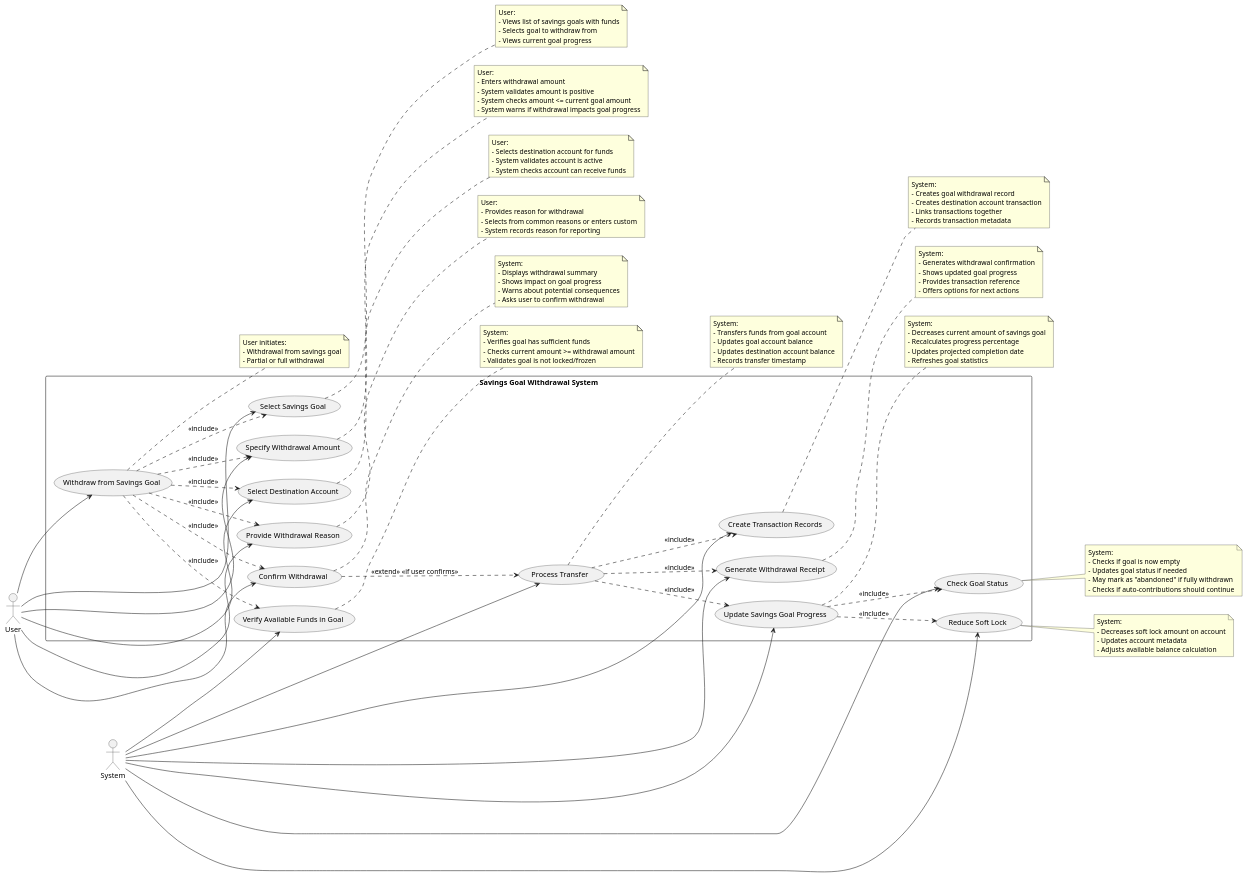
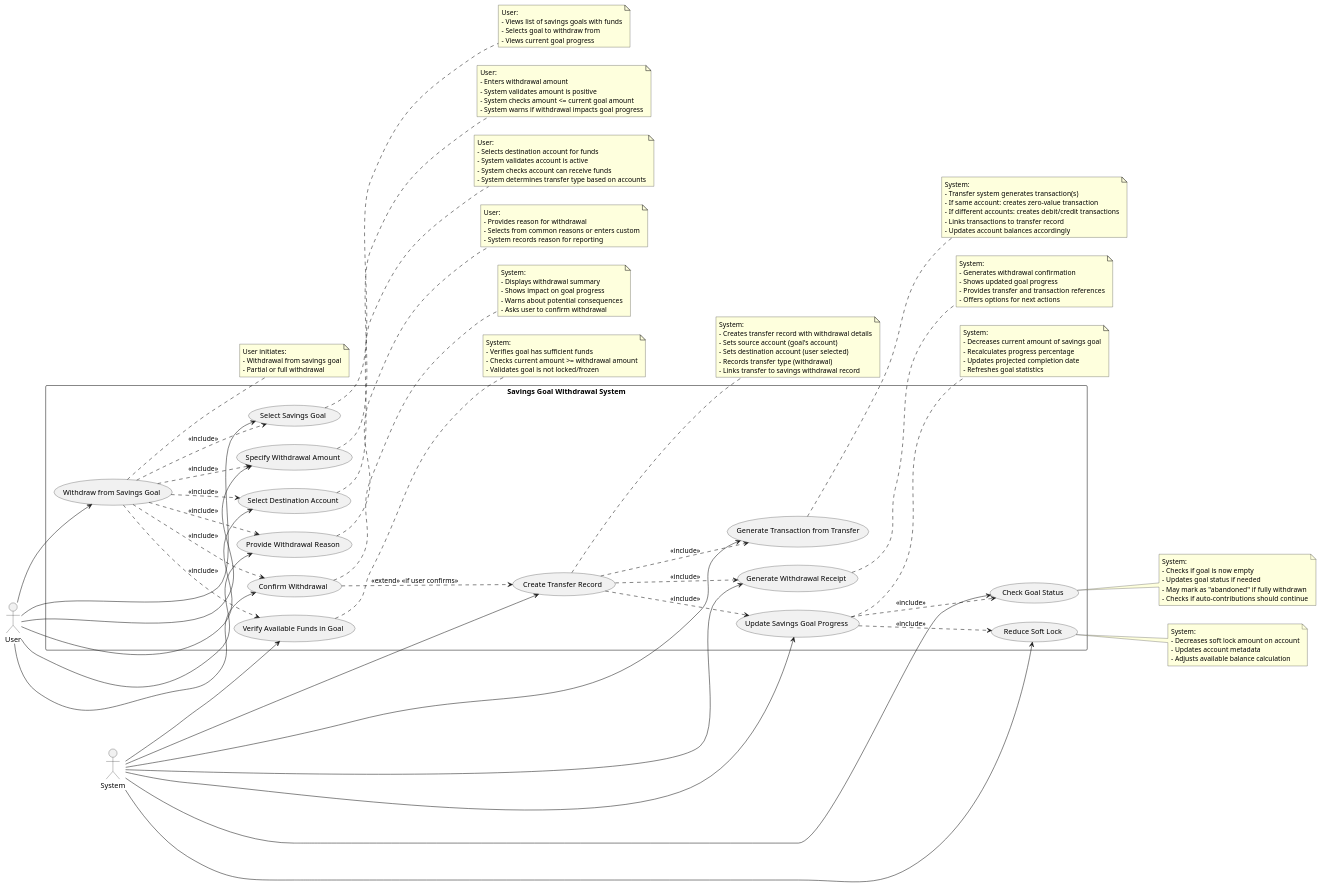
Before and after one commit to proletariat-solutions/proletariat-budget-be: the diagram in docs/usecases/saving/withdraw_saving.puml, drawn with PlantUML. The commit also changed other lines of this file and 18 other files, not shown here.

```diff
--- a/docs/usecases/saving/withdraw_saving.puml
+++ b/docs/usecases/saving/withdraw_saving.puml
@@ -17,146 +17,149 @@
 @startuml
 left to right direction
 actor "User" as user
 actor "System" as system
 
 rectangle "Savings Goal Withdrawal System" {
   usecase "Withdraw from Savings Goal" as UC1
   usecase "Select Savings Goal" as UC2
   usecase "Specify Withdrawal Amount" as UC3
   usecase "Select Destination Account" as UC4
   usecase "Verify Available Funds in Goal" as UC5
   usecase "Provide Withdrawal Reason" as UC6
   usecase "Confirm Withdrawal" as UC7
-  usecase "Process Transfer" as UC8
+  usecase "Create Transfer Record" as UC8
   usecase "Update Savings Goal Progress" as UC9
   usecase "Reduce Soft Lock" as UC10
-  usecase "Create Transaction Records" as UC11
+  usecase "Generate Transaction from Transfer" as UC11
   usecase "Check Goal Status" as UC12
   usecase "Generate Withdrawal Receipt" as UC13
 }
 
 user --> UC1
 UC1 ..> UC2 : <<include>>
 UC1 ..> UC3 : <<include>>
 UC1 ..> UC4 : <<include>>
 UC1 ..> UC5 : <<include>>
 UC1 ..> UC6 : <<include>>
 UC1 ..> UC7 : <<include>>
 UC7 ..> UC8 : <<extend>> <<if user confirms>>
 UC8 ..> UC9 : <<include>>
 UC9 ..> UC10 : <<include>>
 UC8 ..> UC11 : <<include>>
 UC9 ..> UC12 : <<include>>
 UC8 ..> UC13 : <<include>>
 
 user --> UC2
 user --> UC3
 user --> UC4
 user --> UC6
 user --> UC7
 system --> UC5
 system --> UC8
 system --> UC9
 system --> UC10
 system --> UC11
 system --> UC12
 system --> UC13
 
 note right of UC1
   User initiates:
   - Withdrawal from savings goal
   - Partial or full withdrawal
 end note
 
 note right of UC2
   User:
   - Views list of savings goals with funds
   - Selects goal to withdraw from
   - Views current goal progress
 end note
 
 note right of UC3
   User:
   - Enters withdrawal amount
   - System validates amount is positive
   - System checks amount <= current goal amount
   - System warns if withdrawal impacts goal progress
 end note
 
 note right of UC4
   User:
   - Selects destination account for funds
   - System validates account is active
   - System checks account can receive funds
+  - System determines transfer type based on accounts
 end note
 
 note right of UC5
   System:
   - Verifies goal has sufficient funds
   - Checks current amount >= withdrawal amount
   - Validates goal is not locked/frozen
 end note
 
 note right of UC6
   User:
   - Provides reason for withdrawal
   - Selects from common reasons or enters custom
   - System records reason for reporting
 end note
 
 note right of UC7
   System:
   - Displays withdrawal summary
   - Shows impact on goal progress
   - Warns about potential consequences
   - Asks user to confirm withdrawal
 end note
 
 note right of UC8
   System:
-  - Transfers funds from goal account
-  - Updates goal account balance
-  - Updates destination account balance
-  - Records transfer timestamp
+  - Creates transfer record with withdrawal details
+  - Sets source account (goal's account)
+  - Sets destination account (user selected)
+  - Records transfer type (withdrawal)
+  - Links transfer to savings withdrawal record
 end note
 
 note right of UC9
   System:
   - Decreases current amount of savings goal
   - Recalculates progress percentage
   - Updates projected completion date
   - Refreshes goal statistics
 end note
 
 note right of UC10
   System:
   - Decreases soft lock amount on account
   - Updates account metadata
   - Adjusts available balance calculation
 end note
 
 note right of UC11
   System:
-  - Creates goal withdrawal record
-  - Creates destination account transaction
-  - Links transactions together
-  - Records transaction metadata
+  - Transfer system generates transaction(s)
+  - If same account: creates zero-value transaction
+  - If different accounts: creates debit/credit transactions
+  - Links transactions to transfer record
+  - Updates account balances accordingly
 end note
 
 note right of UC12
   System:
   - Checks if goal is now empty
   - Updates goal status if needed
   - May mark as "abandoned" if fully withdrawn
   - Checks if auto-contributions should continue
 end note
 
 note right of UC13
   System:
   - Generates withdrawal confirmation
   - Shows updated goal progress
-  - Provides transaction reference
+  - Provides transfer and transaction references
   - Offers options for next actions
 end note
 
 @enduml
```
